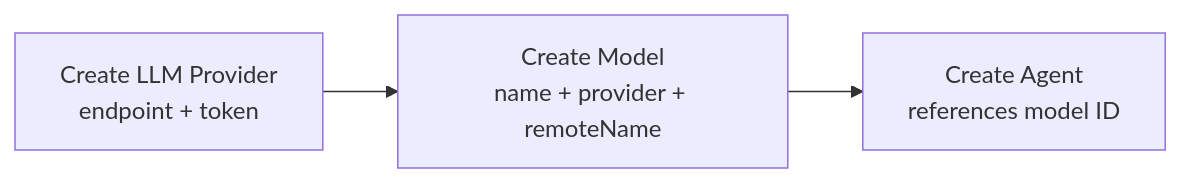
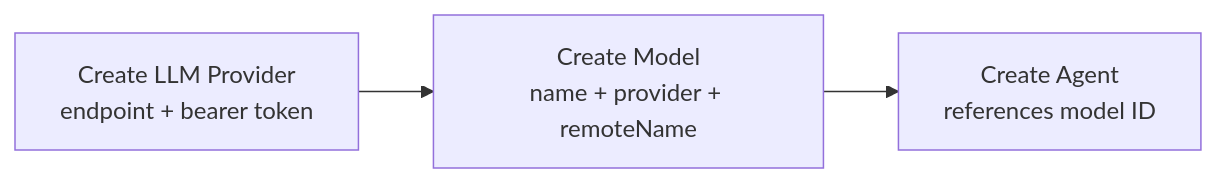
The first of 2 diagrams in architecture/providers.md (agynio/architecture), drawn with Mermaid before and after one commit. The commit also changed other lines of this file and 1 other file, not shown here.

First line of the commit message:
Fix provider/secret resource definitions per review

````diff
--- a/architecture/providers.md
+++ b/architecture/providers.md
@@ -123,5 +113,5 @@
 ```mermaid
 flowchart LR
-    A[Create LLM Provider<br/>endpoint + token] --> B[Create Model<br/>name + provider + remoteName]
+    A[Create LLM Provider<br/>endpoint + bearer token] --> B[Create Model<br/>name + provider + remoteName]
     B --> C[Create Agent<br/>references model ID]
 ```
````
